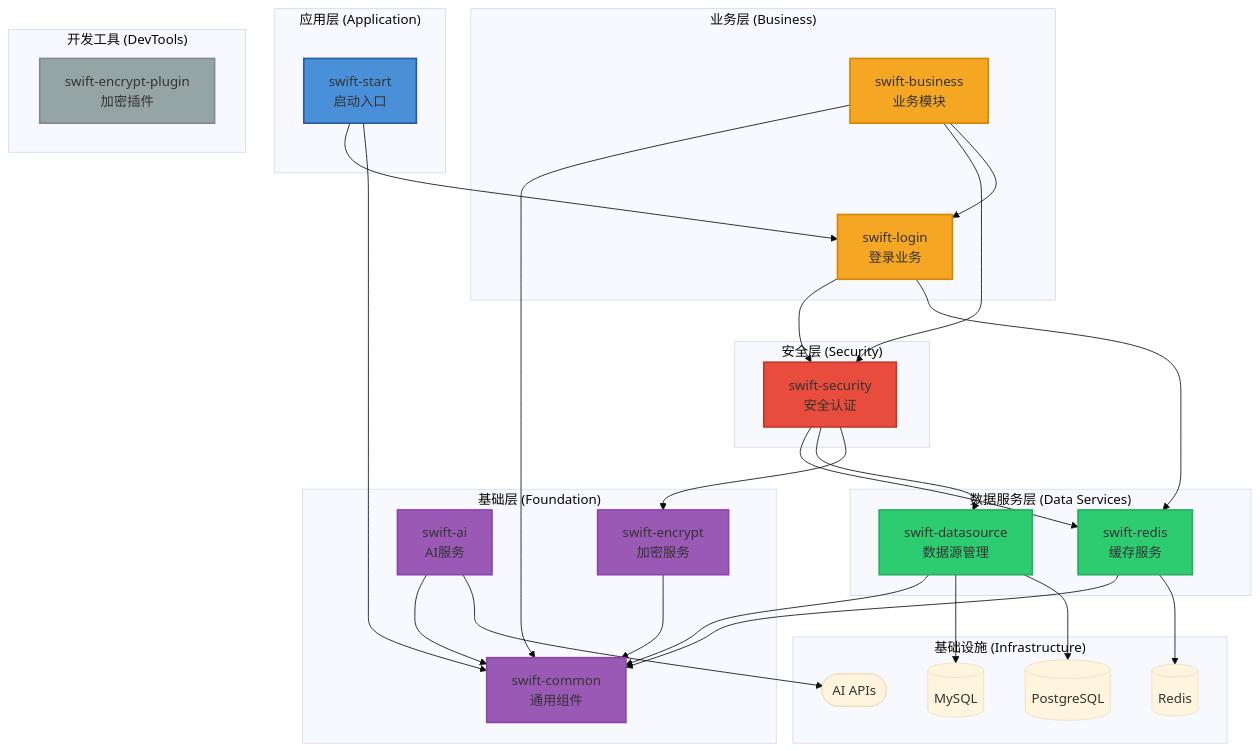
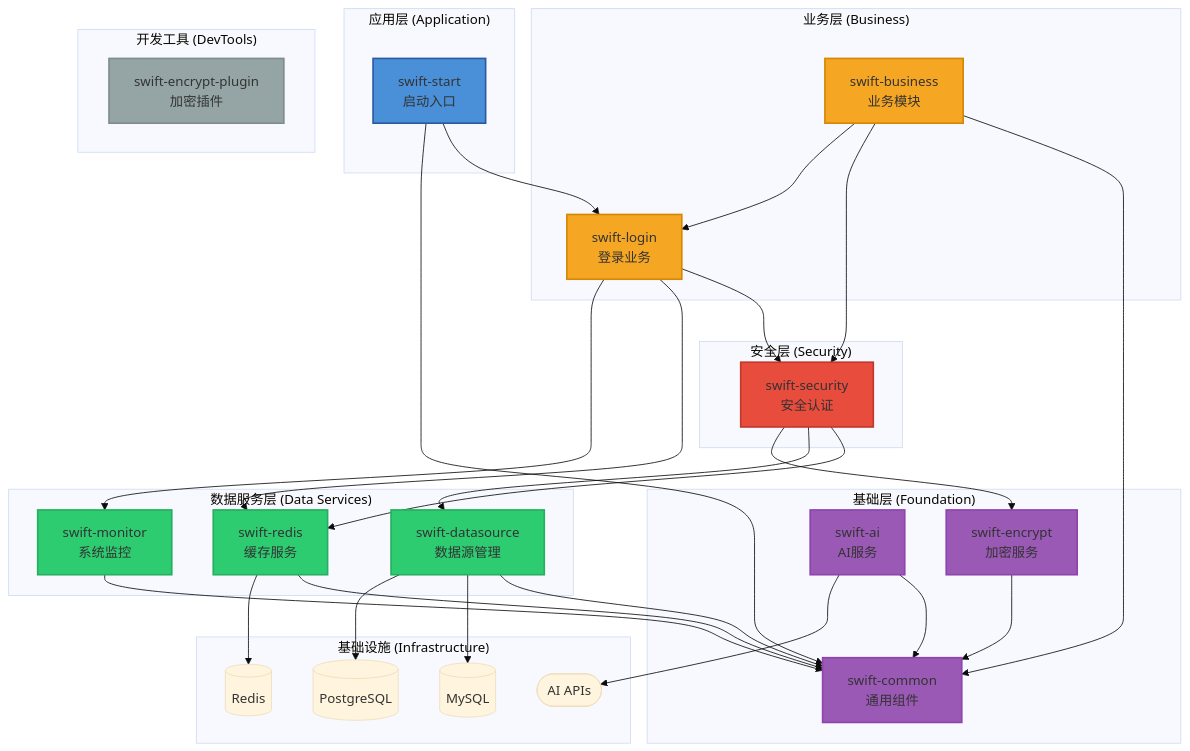
Before and after one commit to SHOOTING-STAR-C/SwiftFrame: the diagram in README.md, drawn with Mermaid (base theme). The commit also changed other lines of this file and 16 other files, not shown here.

````diff
--- a/README.md
+++ b/README.md
@@ -39,70 +40,74 @@
 ```mermaid
 graph TB
     subgraph AppLayer ["应用层 (Application)"]
         START["swift-start<br/>启动入口"]
     end
 
     subgraph BusinessLayer ["业务层 (Business)"]
         LOGIN["swift-login<br/>登录业务"]
         BUSINESS["swift-business<br/>业务模块"]
     end
 
     subgraph SecurityLayer ["安全层 (Security)"]
         SECURITY["swift-security<br/>安全认证"]
     end
 
     subgraph DataServiceLayer ["数据服务层 (Data Services)"]
         DATASOURCE["swift-datasource<br/>数据源管理"]
         REDIS["swift-redis<br/>缓存服务"]
+        MONITOR["swift-monitor<br/>系统监控"]
     end
 
     subgraph FoundationLayer ["基础层 (Foundation)"]
         COMMON["swift-common<br/>通用组件"]
         ENCRYPT["swift-encrypt<br/>加密服务"]
         AI["swift-ai<br/>AI服务"]
     end
 
     subgraph DevTools ["开发工具 (DevTools)"]
         PLUGIN["swift-encrypt-plugin<br/>加密插件"]
     end
 
     subgraph Infrastructure ["基础设施 (Infrastructure)"]
         MySQL[("MySQL")]
         PostgreSQL[("PostgreSQL")]
         Cache[("Redis")]
         AI_API(["AI APIs"])
     end
 
     %% 依赖关系
     START --> LOGIN
     START --> COMMON
     BUSINESS --> COMMON
     BUSINESS --> SECURITY
     BUSINESS --> LOGIN
     LOGIN --> SECURITY
     LOGIN --> REDIS
+    LOGIN --> MONITOR
     SECURITY --> REDIS
     SECURITY --> DATASOURCE
     SECURITY --> ENCRYPT
     DATASOURCE --> COMMON
     REDIS --> COMMON
     ENCRYPT --> COMMON
     AI --> COMMON
+    MONITOR --> COMMON
     
     %% 外部依赖
     DATASOURCE --> MySQL
     DATASOURCE --> PostgreSQL
     REDIS --> Cache
     AI --> AI_API
 
     style START fill:#4a90d9,stroke:#2c5aa0,stroke-width:2px
     style LOGIN fill:#f5a623,stroke:#d48806,stroke-width:2px
     style BUSINESS fill:#f5a623,stroke:#d48806,stroke-width:2px
     style SECURITY fill:#e74c3c,stroke:#c0392b,stroke-width:2px
     style DATASOURCE fill:#2ecc71,stroke:#27ae60,stroke-width:2px
     style REDIS fill:#2ecc71,stroke:#27ae60,stroke-width:2px
+    style MONITOR fill:#2ecc71,stroke:#27ae60,stroke-width:2px
     style COMMON fill:#9b59b6,stroke:#8e44ad,stroke-width:2px
     style ENCRYPT fill:#9b59b6,stroke:#8e44ad,stroke-width:2px
     style AI fill:#9b59b6,stroke:#8e44ad,stroke-width:2px
     style PLUGIN fill:#95a5a6,stroke:#7f8c8d,stroke-width:2px
 ```
````
